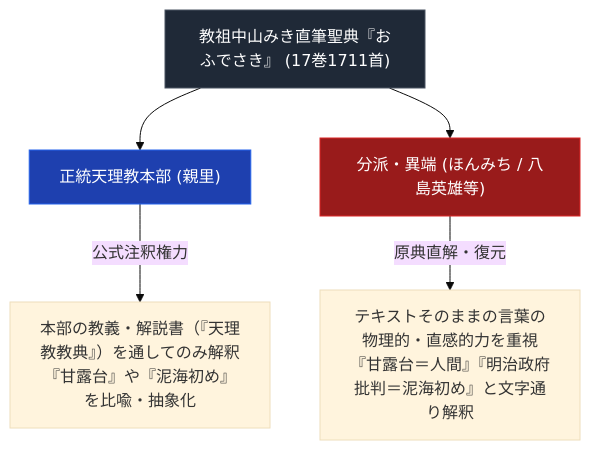
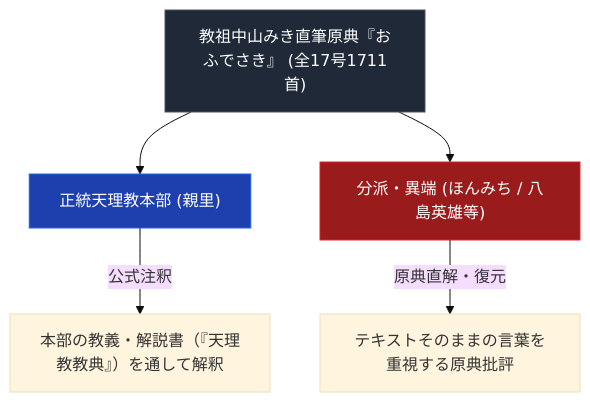
One commit to iida-masashi/religion-garden changed the diagram in content/01_宗派・異端研究/10_概念・原典・事件・拠点/おふでさき.md. Above: the diagram before and after it, drawn with Mermaid (base theme). The commit also changed other lines of this file and 251 other files, not shown here.

````diff
--- a/content/01_宗派・異端研究/10_概念・原典・事件・拠点/おふでさき.md
+++ b/content/01_宗派・異端研究/10_概念・原典・事件・拠点/おふでさき.md
@@ -24,12 +26,12 @@
 ```mermaid
 graph TD
-    A["<div style='color:#ffffff;'>教祖中山みき直筆聖典『おふでさき』 (17巻1711首)</div>"] --> B1["<div style='color:#ffffff;'>正統天理教本部 (親里)</div>"]
+    A["<div style='color:#ffffff;'>教祖中山みき直筆原典『おふでさき』 (全17号1711首)</div>"] --> B1["<div style='color:#ffffff;'>正統天理教本部 (親里)</div>"]
     A --> B2["<div style='color:#ffffff;'>分派・異端 (ほんみち / 八島英雄等)</div>"]
-    
-    B1 -->|公式注釈権力| C1["本部の教義・解説書（『天理教教典』）を通してのみ解釈<br>『甘露台』や『泥海初め』を比喩・抽象化"]
-    B2 -->|原典直解・復元| C2["テキストそのままの言葉の物理的・直感的力を重視<br>『甘露台＝人間』『明治政府批判＝泥海初め』と文字通り解釈"]
-    
+
+    B1 -->|公式注釈| C1["本部の教義・解説書（『天理教教典』）を通して解釈"]
+    B2 -->|原典直解・復元| C2["テキストそのままの言葉を重視する原典批評"]
+
     style A fill:#1f2937,stroke:#4b5563,color:#fff
     style B1 fill:#1e40af,stroke:#2563eb,color:#fff
     style B2 fill:#991b1b,stroke:#dc2626,color:#fff
 ```
````
